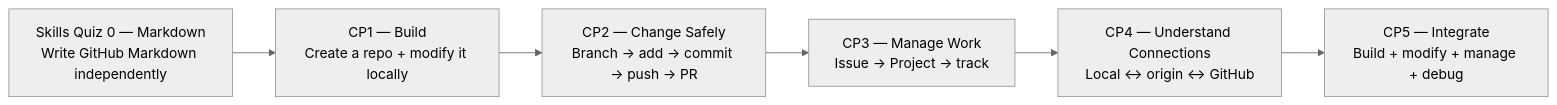
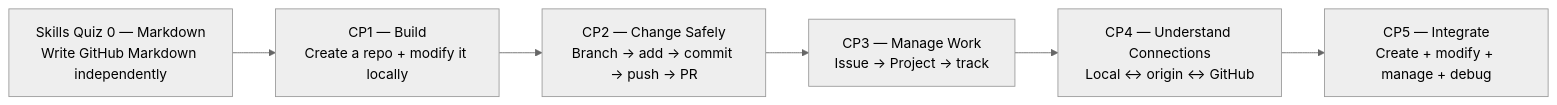
The diagram in README.md (KLIS-CS/GitHub-Foundations), drawn with Mermaid (neutral theme) before and after one commit. The commit also changed other lines of this file, not shown here.

````diff
--- a/README.md
+++ b/README.md
@@ -18,8 +18,8 @@
 ```mermaid
 flowchart LR
     SQ0["Skills Quiz 0 — Markdown\nWrite GitHub Markdown independently"] --> CP1["CP1 — Build\nCreate a repo + modify it locally"]
     CP1 --> CP2["CP2 — Change Safely\nBranch → add → commit → push → PR"]
     CP2 --> CP3["CP3 — Manage Work\nIssue → Project → track"]
     CP3 --> CP4["CP4 — Understand Connections\nLocal ↔ origin ↔ GitHub"]
-    CP4 --> CP5["CP5 — Integrate\nBuild + modify + manage + debug"]
+    CP4 --> CP5["CP5 — Integrate\nCreate + modify + manage + debug"]
 ```
````
